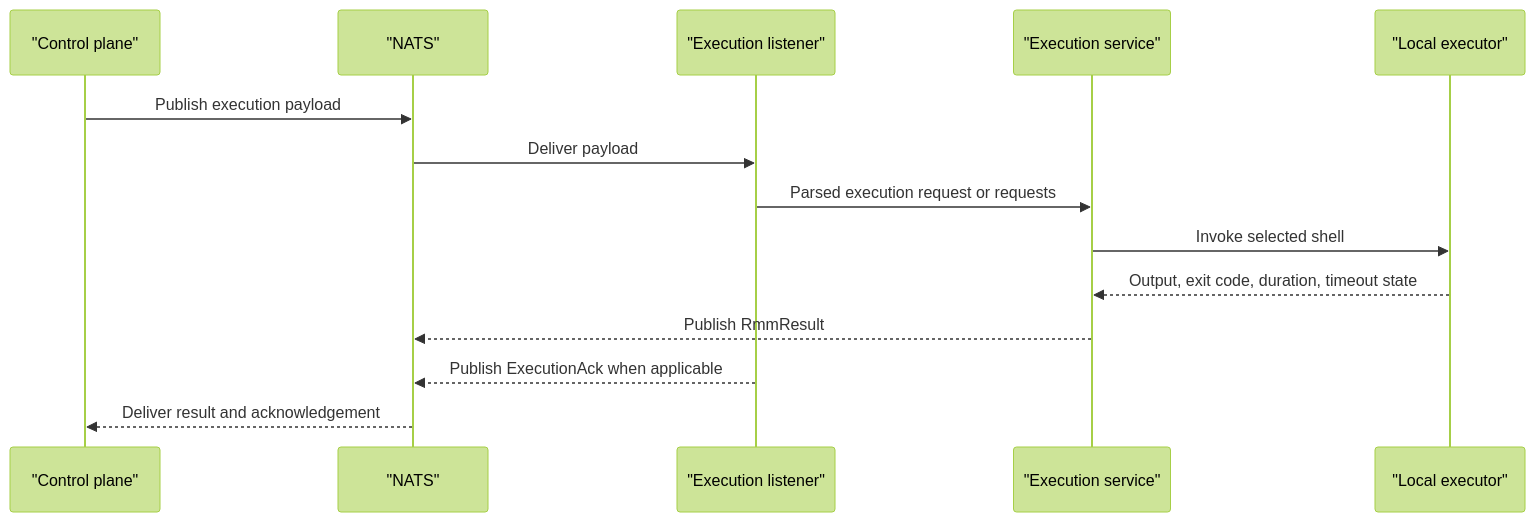
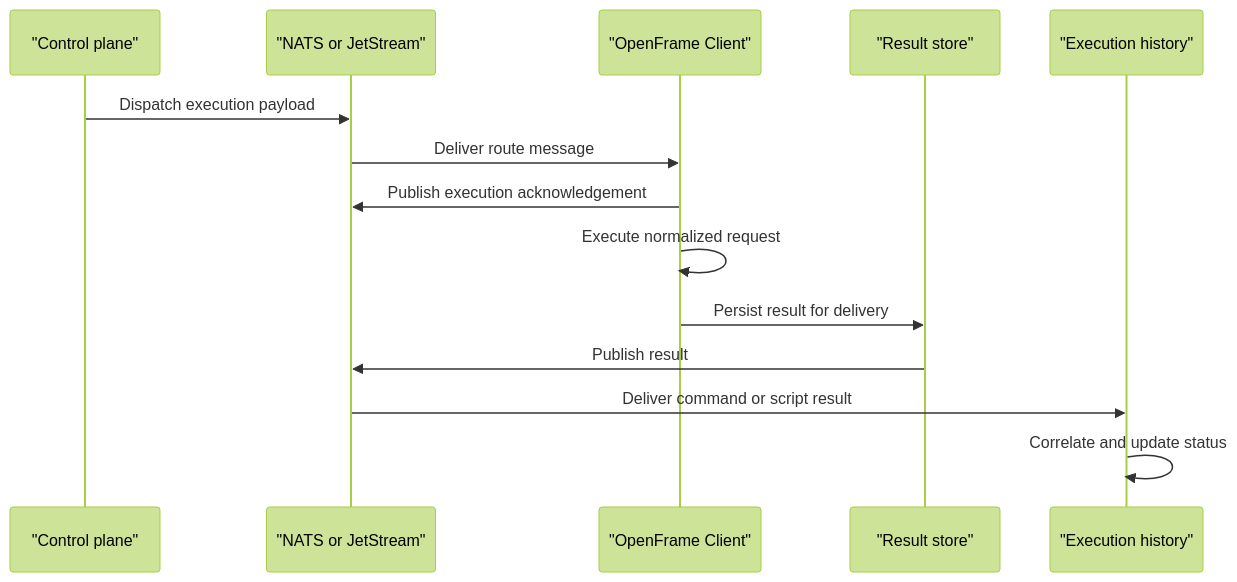
One commit to flamingo-stack/openframe-oss-tenant changed the third of 3 diagrams in docs/reference/architecture/openframe-client-core/model-execution/model-execution.md. Above: the diagram before and after it, drawn with Mermaid (forest theme). The commit also changed other lines of this file and 2377 other files, not shown here.

````diff
--- a/docs/reference/architecture/openframe-client-core/model-execution/model-execution.md
+++ b/docs/reference/architecture/openframe-client-core/model-execution/model-execution.md
@@ -179,16 +119,16 @@
 ```mermaid
 sequenceDiagram
     participant Server as "Control plane"
-    participant Broker as "NATS"
-    participant Listener as "Execution listener"
-    participant Service as "Execution service"
-    participant Host as "Local executor"
-    Server->>Broker: Publish execution payload
-    Broker->>Listener: Deliver payload
-    Listener->>Service: Parsed execution request or requests
-    Service->>Host: Invoke selected shell
-    Host-->>Service: Output, exit code, duration, timeout state
-    Service-->>Broker: Publish RmmResult
-    Listener-->>Broker: Publish ExecutionAck when applicable
-    Broker-->>Server: Deliver result and acknowledgement
+    participant Broker as "NATS or JetStream"
+    participant Agent as "OpenFrame Client"
+    participant Store as "Result store"
+    participant History as "Execution history"
+    Server->>Broker: Dispatch execution payload
+    Broker->>Agent: Deliver route message
+    Agent->>Broker: Publish execution acknowledgement
+    Agent->>Agent: Execute normalized request
+    Agent->>Store: Persist result for delivery
+    Store->>Broker: Publish result
+    Broker->>History: Deliver command or script result
+    History->>History: Correlate and update status
 ```
````
